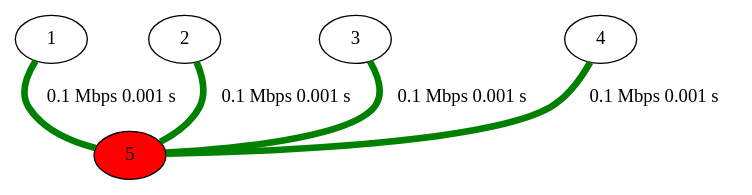
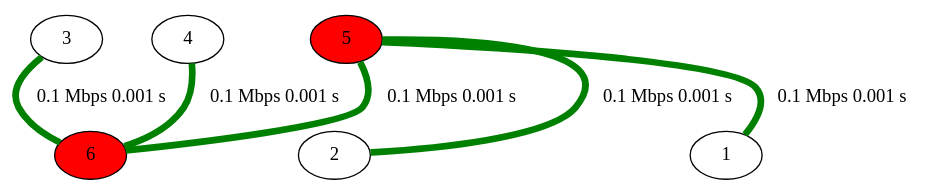
One commit to nonononoka/ntSimulator changed the diagram in network.gv. Above: the diagram before and after it, drawn with Graphviz. The commit also changed 2 other files, not shown here.

```diff
--- a/network.gv
+++ b/network.gv
@@ -1,38 +1,46 @@
 strict graph {
 
+
+	"3" [  weight=0 ];
+
+	"3" -- "6" [ color="green", label="0.1 Mbps 0.001 s
+", penwidth="5.00",  weight=0 ];
+
+	"4" [  weight=0 ];
+
+	"4" -- "6" [ color="green", label="0.1 Mbps 0.001 s
+", penwidth="5.00",  weight=0 ];
+
+	"5" [ fillcolor="red", style="filled",  weight=0 ];
+
+	"5" -- "2" [ color="green", label="0.1 Mbps 0.001 s
+", penwidth="5.00",  weight=0 ];
+
+	"5" -- "6" [ color="green", label="0.1 Mbps 0.001 s
+", penwidth="5.00",  weight=0 ];
+
+	"5" -- "1" [ color="green", label="0.1 Mbps 0.001 s
+", penwidth="5.00",  weight=0 ];
+
+	"6" [ fillcolor="red", style="filled",  weight=0 ];
+
+	"6" -- "5" [ color="green", label="0.1 Mbps 0.001 s
+", penwidth="5.00",  weight=0 ];
+
+	"6" -- "3" [ color="green", label="0.1 Mbps 0.001 s
+", penwidth="5.00",  weight=0 ];
+
+	"6" -- "4" [ color="green", label="0.1 Mbps 0.001 s
+", penwidth="5.00",  weight=0 ];
 
 	"1" [  weight=0 ];
 
 	"1" -- "5" [ color="green", label="0.1 Mbps 0.001 s
 ", penwidth="5.00",  weight=0 ];
 
 	"2" [  weight=0 ];
 
 	"2" -- "5" [ color="green", label="0.1 Mbps 0.001 s
 ", penwidth="5.00",  weight=0 ];
 
-	"3" [  weight=0 ];
-
-	"3" -- "5" [ color="green", label="0.1 Mbps 0.001 s
-", penwidth="5.00",  weight=0 ];
-
-	"4" [  weight=0 ];
-
-	"4" -- "5" [ color="green", label="0.1 Mbps 0.001 s
-", penwidth="5.00",  weight=0 ];
-
-	"5" [ fillcolor="red", style="filled",  weight=0 ];
-
-	"5" -- "1" [ color="green", label="0.1 Mbps 0.001 s
-", penwidth="5.00",  weight=0 ];
-
-	"5" -- "2" [ color="green", label="0.1 Mbps 0.001 s
-", penwidth="5.00",  weight=0 ];
-
-	"5" -- "3" [ color="green", label="0.1 Mbps 0.001 s
-", penwidth="5.00",  weight=0 ];
-
-	"5" -- "4" [ color="green", label="0.1 Mbps 0.001 s
-", penwidth="5.00",  weight=0 ];
-
 }
```
